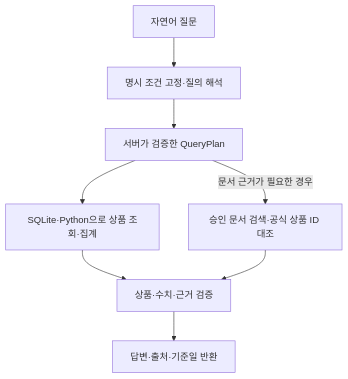
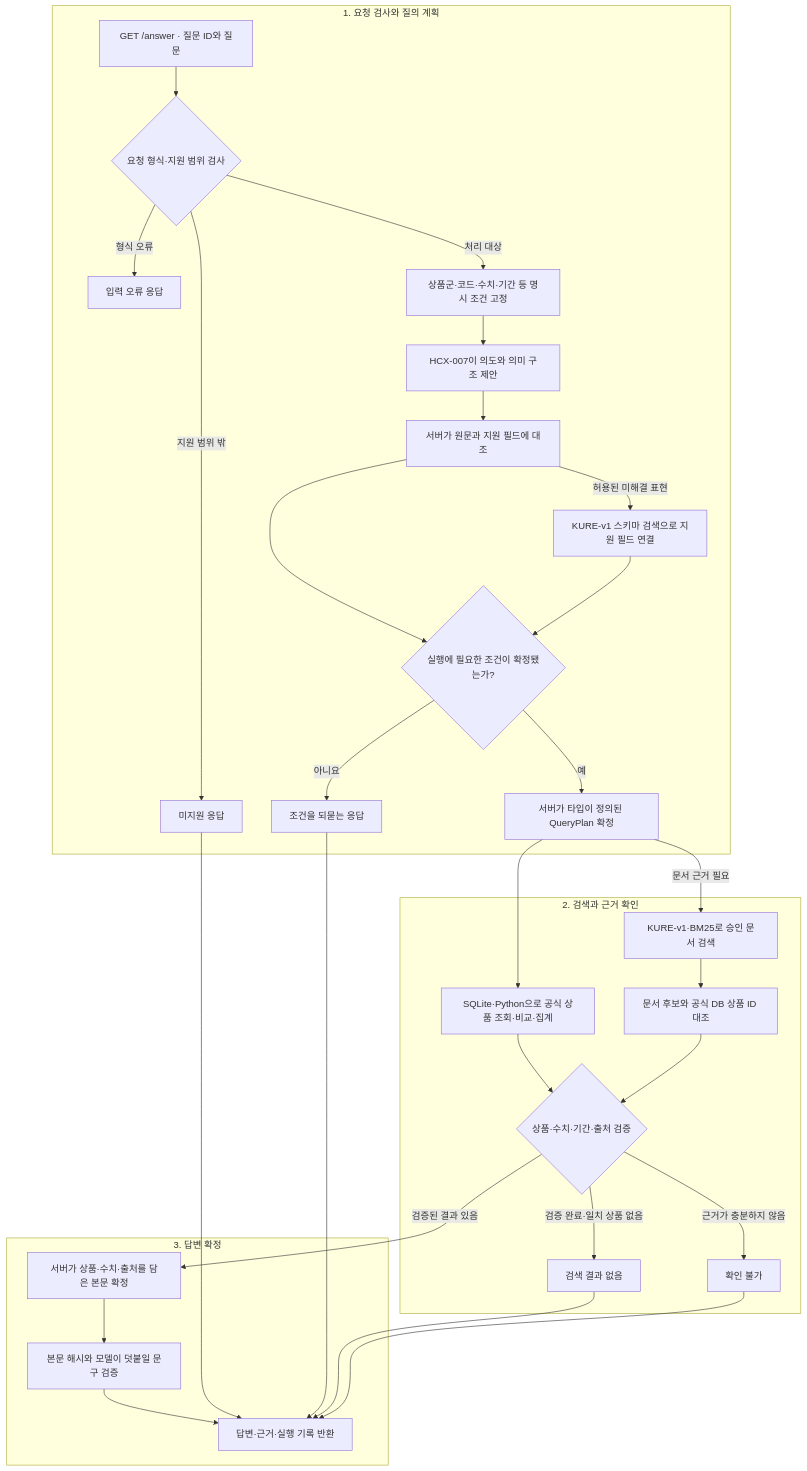
The diagram in README.md (Hyunhoim/gaeng3), drawn with Mermaid before and after one commit. The commit also changed other lines of this file, not shown here.

Commit message:
docs: expand architecture into detailed feature flow

````diff
--- a/README.md
+++ b/README.md
@@ -23,10 +23,36 @@
 ```mermaid
 flowchart TD
-    Q["자연어 질문"] --> P["명시 조건 고정·질의 해석"]
-    P --> T["서버가 검증한 QueryPlan"]
-    T --> S["SQLite·Python으로 상품 조회·집계"]
-    T -->|"문서 근거가 필요한 경우"| D["승인 문서 검색·공식 상품 ID 대조"]
-    S --> V["상품·수치·근거 검증"]
-    D --> V
-    V --> A["답변·출처·기준일 반환"]
+    subgraph PLAN["1. 요청 검사와 질의 계획"]
+      A["GET /answer · 질문 ID와 질문"] --> B{"요청 형식·지원 범위 검사"}
+      B -->|"형식 오류"| Z["입력 오류 응답"]
+      B -->|"지원 범위 밖"| U["미지원 응답"]
+      B -->|"처리 대상"| C["상품군·코드·수치·기간 등 명시 조건 고정"]
+      C --> D["HCX-007이 의도와 의미 구조 제안"]
+      D --> E["서버가 원문과 지원 필드에 대조"]
+      E -->|"허용된 미해결 표현"| K["KURE-v1 스키마 검색으로 지원 필드 연결"]
+      E --> Y{"실행에 필요한 조건이 확정됐는가?"}
+      K --> Y
+      Y -->|"아니요"| Q["조건을 되묻는 응답"]
+      Y -->|"예"| T["서버가 타입이 정의된 QueryPlan 확정"]
+    end
+
+    subgraph SEARCH["2. 검색과 근거 확인"]
+      T --> S["SQLite·Python으로 공식 상품 조회·비교·집계"]
+      T -->|"문서 근거 필요"| P["KURE-v1·BM25로 승인 문서 검색"]
+      P --> I["문서 후보와 공식 DB 상품 ID 대조"]
+      S --> V{"상품·수치·기간·출처 검증"}
+      I --> V
+      V -->|"검증 완료·일치 상품 없음"| N["검색 결과 없음"]
+      V -->|"근거가 충분하지 않음"| F["확인 불가"]
+    end
+
+    subgraph RESPONSE["3. 답변 확정"]
+      V -->|"검증된 결과 있음"| R["서버가 상품·수치·출처를 담은 본문 확정"]
+      R --> H["본문 해시와 모델이 덧붙일 문구 검증"]
+      H --> O["답변·근거·실행 기록 반환"]
+      U --> O
+      Q --> O
+      N --> O
+      F --> O
+    end
 ```
````
